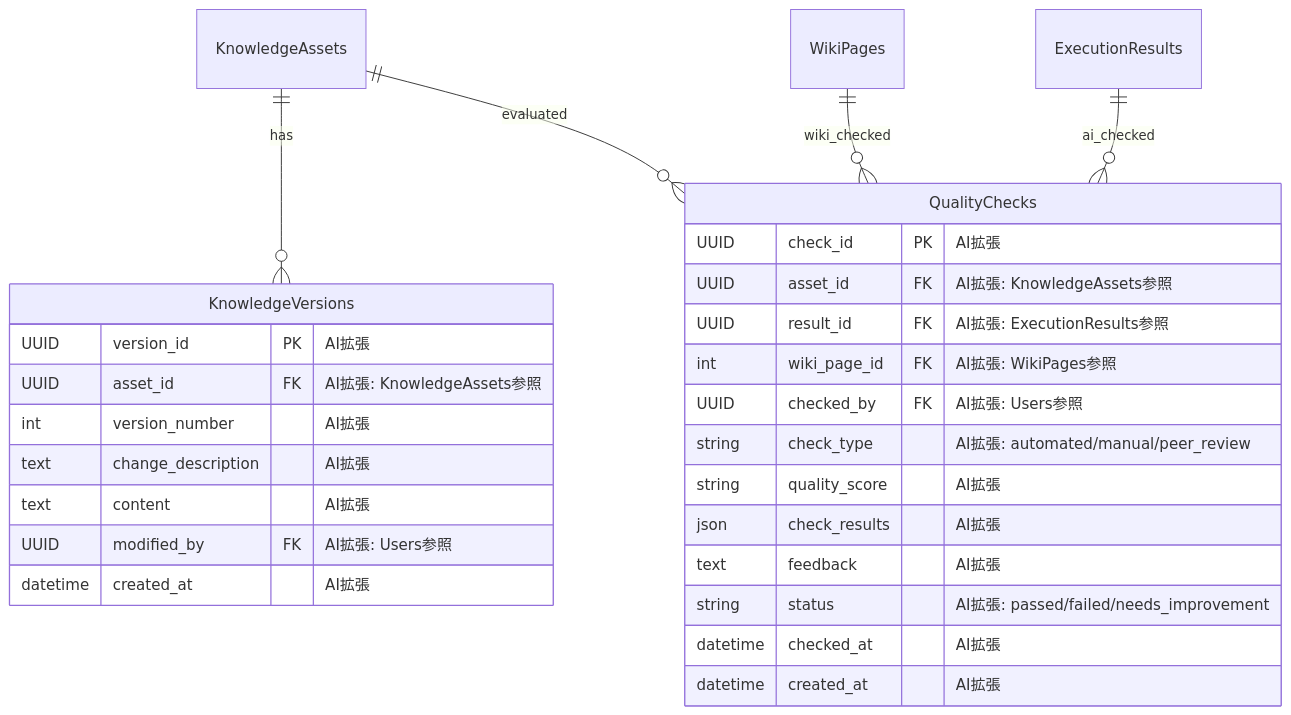
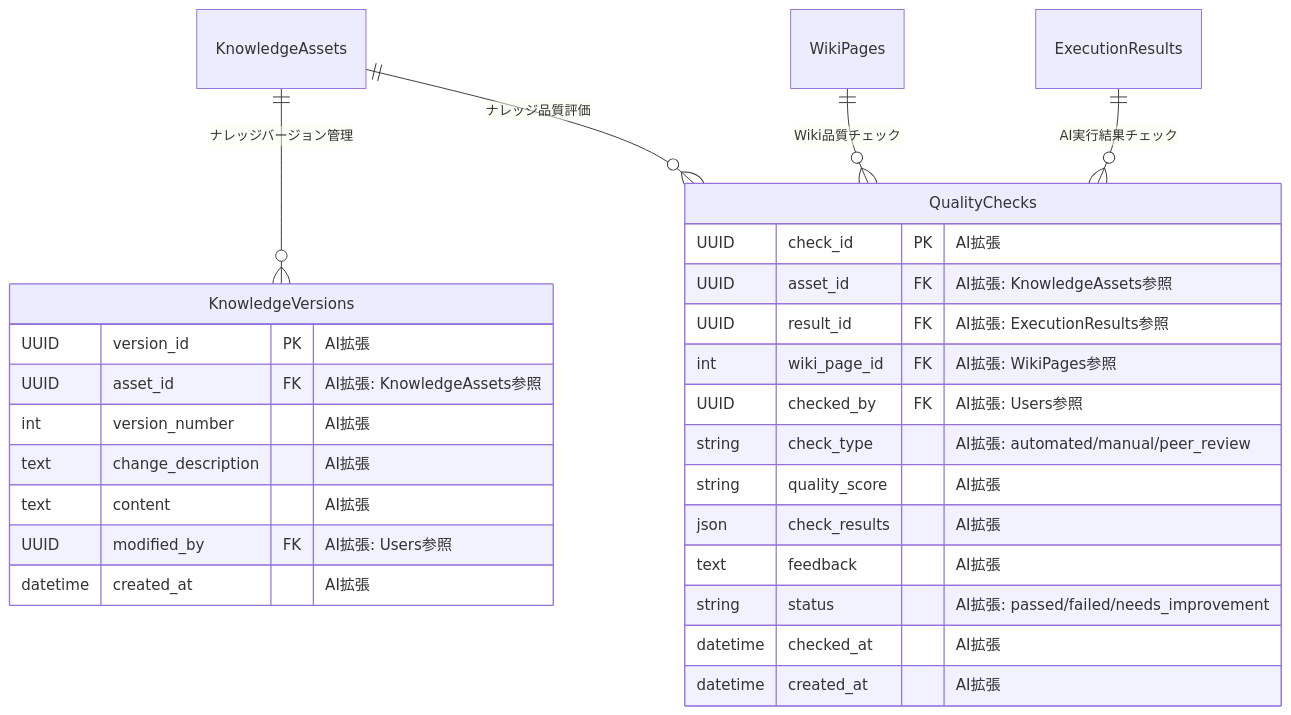
Diagram 22 of 29 in docs/030000_設計/035000_データ設計/035010_ER図.md (daichiTAAA/AgentOpsPlatform), drawn with Mermaid before and after one commit. The commit also changed other lines of this file, not shown here.

````diff
--- a/docs/030000_設計/035000_データ設計/035010_ER図.md
+++ b/docs/030000_設計/035000_データ設計/035010_ER図.md
@@ -919,33 +1144,33 @@
 ```mermaid
 erDiagram
     QualityChecks {
         UUID check_id PK "AI拡張"
         UUID asset_id FK "AI拡張: KnowledgeAssets参照"
         UUID result_id FK "AI拡張: ExecutionResults参照"
         int wiki_page_id FK "AI拡張: WikiPages参照"
         UUID checked_by FK "AI拡張: Users参照"
         string check_type "AI拡張: automated/manual/peer_review"
         string quality_score "AI拡張"
         json check_results "AI拡張"
         text feedback "AI拡張"
         string status "AI拡張: passed/failed/needs_improvement"
         datetime checked_at "AI拡張"
         datetime created_at "AI拡張"
     }
     
     KnowledgeVersions {
         UUID version_id PK "AI拡張"
         UUID asset_id FK "AI拡張: KnowledgeAssets参照"
         int version_number "AI拡張"
         text change_description "AI拡張"
         text content "AI拡張"
         UUID modified_by FK "AI拡張: Users参照"
         datetime created_at "AI拡張"
     }
     
     %% 関係性
-    KnowledgeAssets ||--o{ KnowledgeVersions : has
-    KnowledgeAssets ||--o{ QualityChecks : evaluated
-    WikiPages ||--o{ QualityChecks : wiki_checked
-    ExecutionResults ||--o{ QualityChecks : ai_checked
+    KnowledgeAssets ||--o{ KnowledgeVersions : "ナレッジバージョン管理"
+    KnowledgeAssets ||--o{ QualityChecks : "ナレッジ品質評価"
+    WikiPages ||--o{ QualityChecks : "Wiki品質チェック"
+    ExecutionResults ||--o{ QualityChecks : "AI実行結果チェック"
 ```
````
